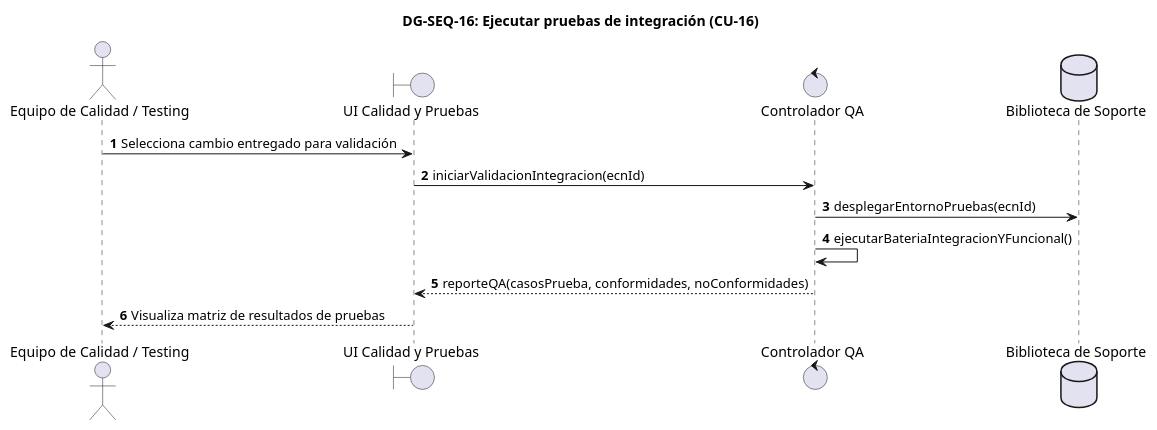
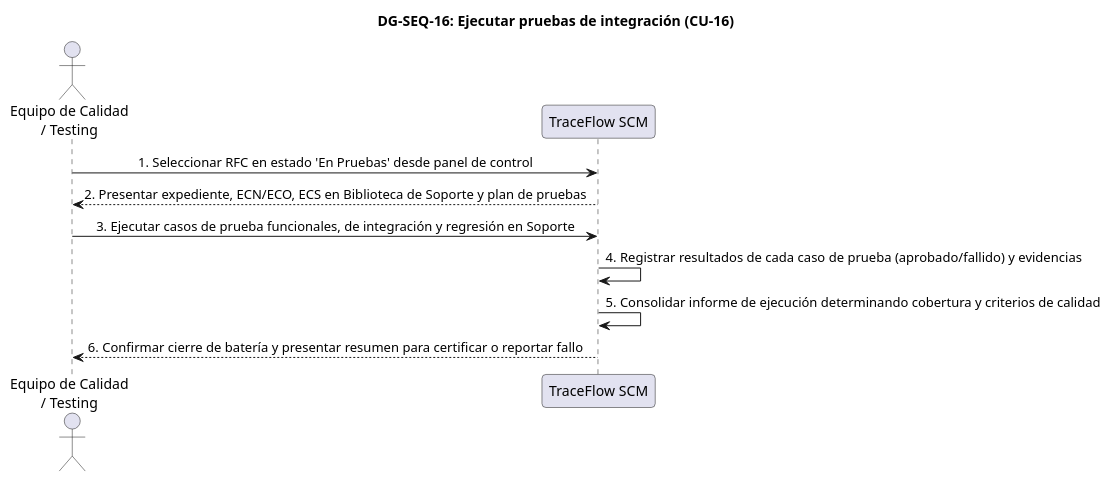
Diagram 29 of 44 in FD03-EPIS-Informe_SRS.md (JMedina255/TraceFlow), drawn with PlantUML before and after one commit. The commit also changed other lines of this file and 2 other files, not shown here.

First line of the commit message:
docs(diagrams): refactorizar diagramas de secuencia DG-SEQ-01 a DG-SEQ-30 a nivel de analisis 1:1

````diff
--- a/FD03-EPIS-Informe_SRS.md
+++ b/FD03-EPIS-Informe_SRS.md
@@ -4676,22 +4662,21 @@
 ```plantuml
-@startuml
+@startuml DG-SEQ-16
 skinparam shadowing false
 skinparam roundcorner 8
 skinparam defaultFontName Arial
-autonumber
+skinparam sequenceMessageAlign center
 
 title <b>DG-SEQ-16: Ejecutar pruebas de integración (CU-16)</b>
 
-actor "Equipo de Calidad / Testing" as ACT
-boundary "UI Calidad y Pruebas" as UI
-control "Controlador QA" as CTRL
-database "Biblioteca de Soporte" as LIB_SUP
+actor "Equipo de Calidad\n/ Testing" as QA
+participant "TraceFlow SCM" as Sistema
 
-ACT -> UI : Selecciona cambio entregado para validación
-UI -> CTRL : iniciarValidacionIntegracion(ecnId)
-CTRL -> LIB_SUP : desplegarEntornoPruebas(ecnId)
-CTRL -> CTRL : ejecutarBateriaIntegracionYFuncional()
-CTRL --> UI : reporteQA(casosPrueba, conformidades, noConformidades)
-UI --> ACT : Visualiza matriz de resultados de pruebas
+QA -> Sistema: 1. Seleccionar RFC en estado 'En Pruebas' desde panel de control
+Sistema --> QA: 2. Presentar expediente, ECN/ECO, ECS en Biblioteca de Soporte y plan de pruebas
+QA -> Sistema: 3. Ejecutar casos de prueba funcionales, de integración y regresión en Soporte
+Sistema -> Sistema: 4. Registrar resultados de cada caso de prueba (aprobado/fallido) y evidencias
+Sistema -> Sistema: 5. Consolidar informe de ejecución determinando cobertura y criterios de calidad
+Sistema --> QA: 6. Confirmar cierre de batería y presentar resumen para certificar o reportar fallo
+
 @enduml
 ```
````
